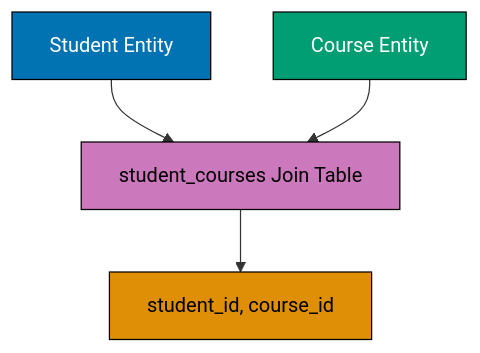
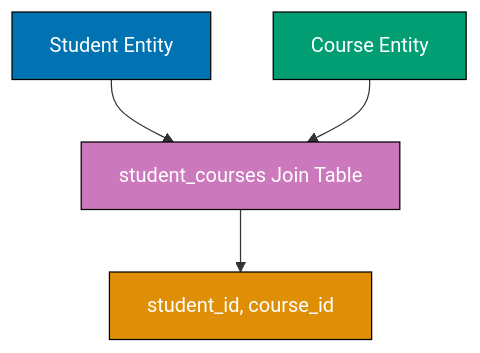
Before and after one commit to wahidyankf/open-sharia-enterprise: the seventh of 12 diagrams in apps/ayokoding-web/content/en/learn/software-engineering/data/tools/spring-data-jpa/by-example/intermediate.md, drawn with Mermaid. The commit also changed other lines of this file and 61 other files, not shown here.

First line of the commit message:
fix(ayokoding-web): quote Mermaid node labels with special characters in Example 63

````diff
--- a/apps/ayokoding-web/content/en/learn/software-engineering/data/tools/spring-data-jpa/by-example/intermediate.md
+++ b/apps/ayokoding-web/content/en/learn/software-engineering/data/tools/spring-data-jpa/by-example/intermediate.md
@@ -1080,12 +1080,12 @@
 ```mermaid
 %% Many-to-many relationship structure
 graph TD
     A[Student Entity] --> B[student_courses Join Table]
     C[Course Entity] --> B
     B --> D[student_id, course_id]
 
     style A fill:#0173B2,stroke:#000,color:#fff
-    style B fill:#CC78BC,stroke:#000,color:#000
+    style B fill:#CC78BC,stroke:#000,color:#fff
     style C fill:#029E73,stroke:#000,color:#fff
-    style D fill:#DE8F05,stroke:#000,color:#000
+    style D fill:#DE8F05,stroke:#000,color:#fff
 ```
````
